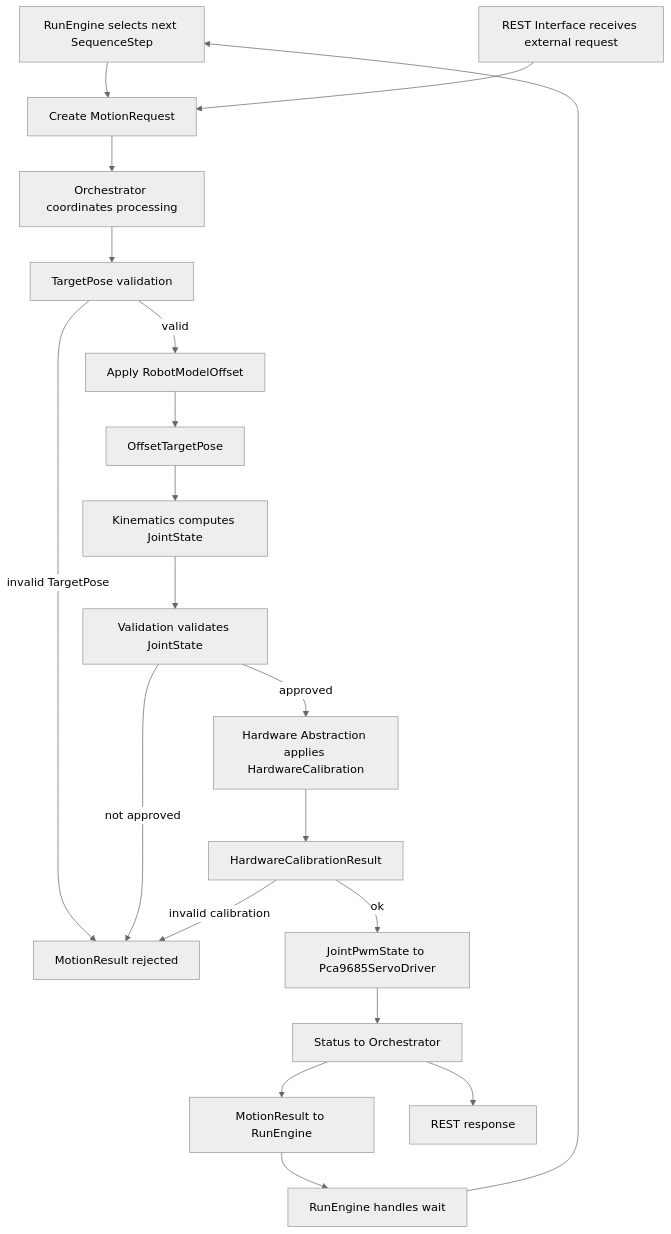
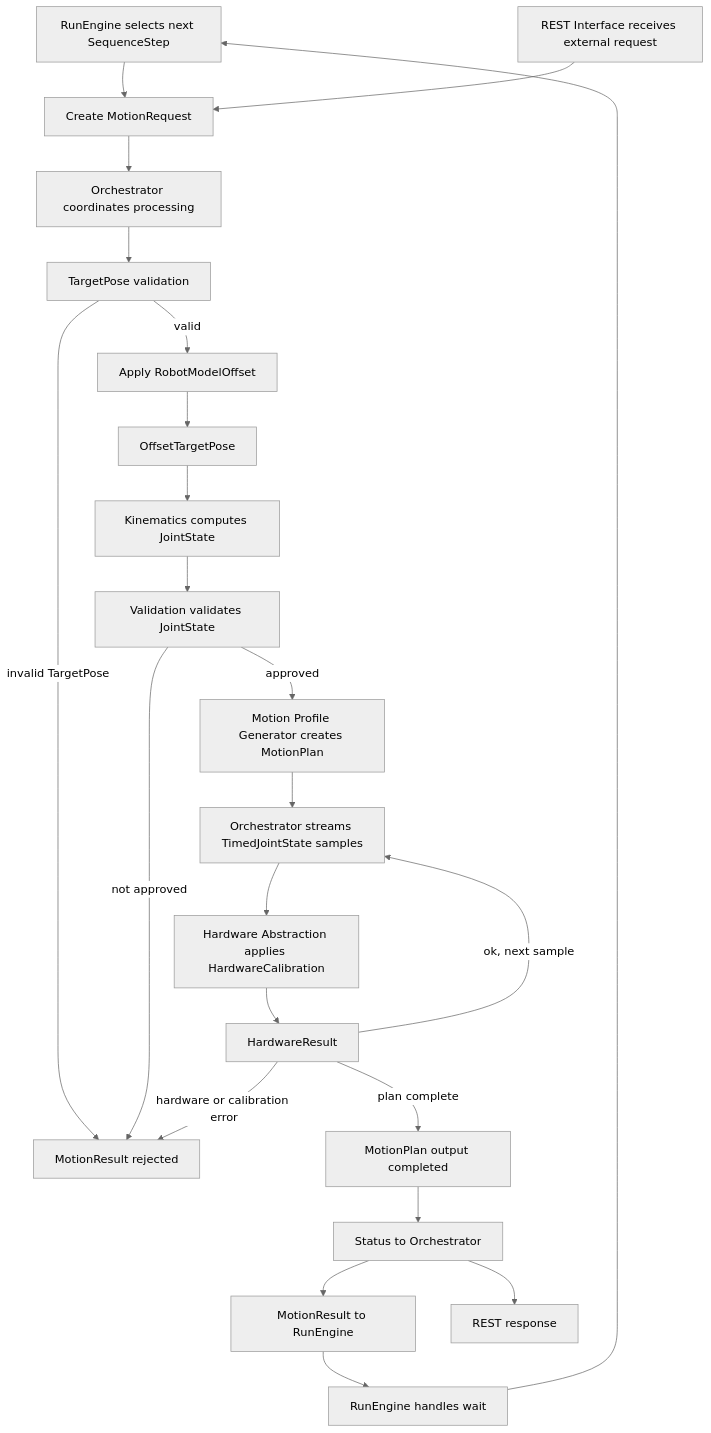
Before and after one commit to butz1999/inverse_kinematik: the seventh of 7 diagrams in doc/projektbeschreibung.md, drawn with Mermaid (neutral theme). The commit also changed other lines of this file and 20 other files, not shown here.

````diff
--- a/doc/projektbeschreibung.md
+++ b/doc/projektbeschreibung.md
@@ -587,22 +613,25 @@
 ```mermaid
 flowchart TD
     A[RunEngine selects next SequenceStep] --> B[Create MotionRequest]
     N[REST Interface receives external request] --> B
     B --> O[Orchestrator coordinates processing]
     O --> C[TargetPose validation]
     C -->|invalid TargetPose| D[MotionResult rejected]
     C -->|valid| E[Apply RobotModelOffset]
     E --> F[OffsetTargetPose]
     F --> G[Kinematics computes JointState]
     G --> H[Validation validates JointState]
     H -->|not approved| D
-    H -->|approved| I[Hardware Abstraction applies HardwareCalibration]
-    I --> P[HardwareCalibrationResult]
-    P -->|ok| J[JointPwmState to Pca9685ServoDriver]
-    P -->|invalid calibration| D
+    H -->|approved| R[Motion Profile Generator creates MotionPlan]
+    R --> S[Orchestrator streams TimedJointState samples]
+    S --> I[Hardware Abstraction applies HardwareCalibration]
+    I --> P[HardwareResult]
+    P -->|ok, next sample| S
+    P -->|plan complete| J[MotionPlan output completed]
+    P -->|hardware or calibration error| D
     J --> K[Status to Orchestrator]
     K --> L[MotionResult to RunEngine]
     K --> Q[REST response]
     L --> M[RunEngine handles wait]
     M --> A
 ```
````
